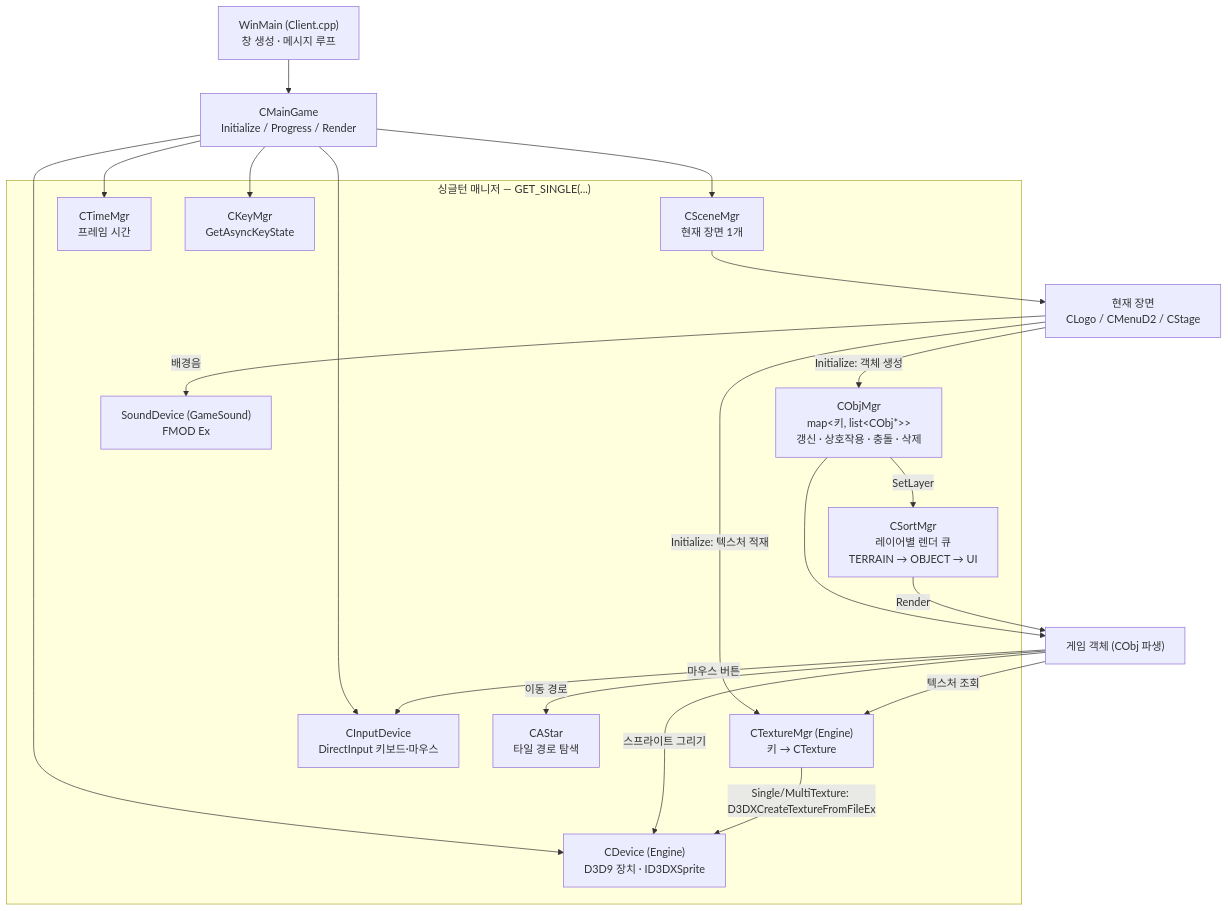
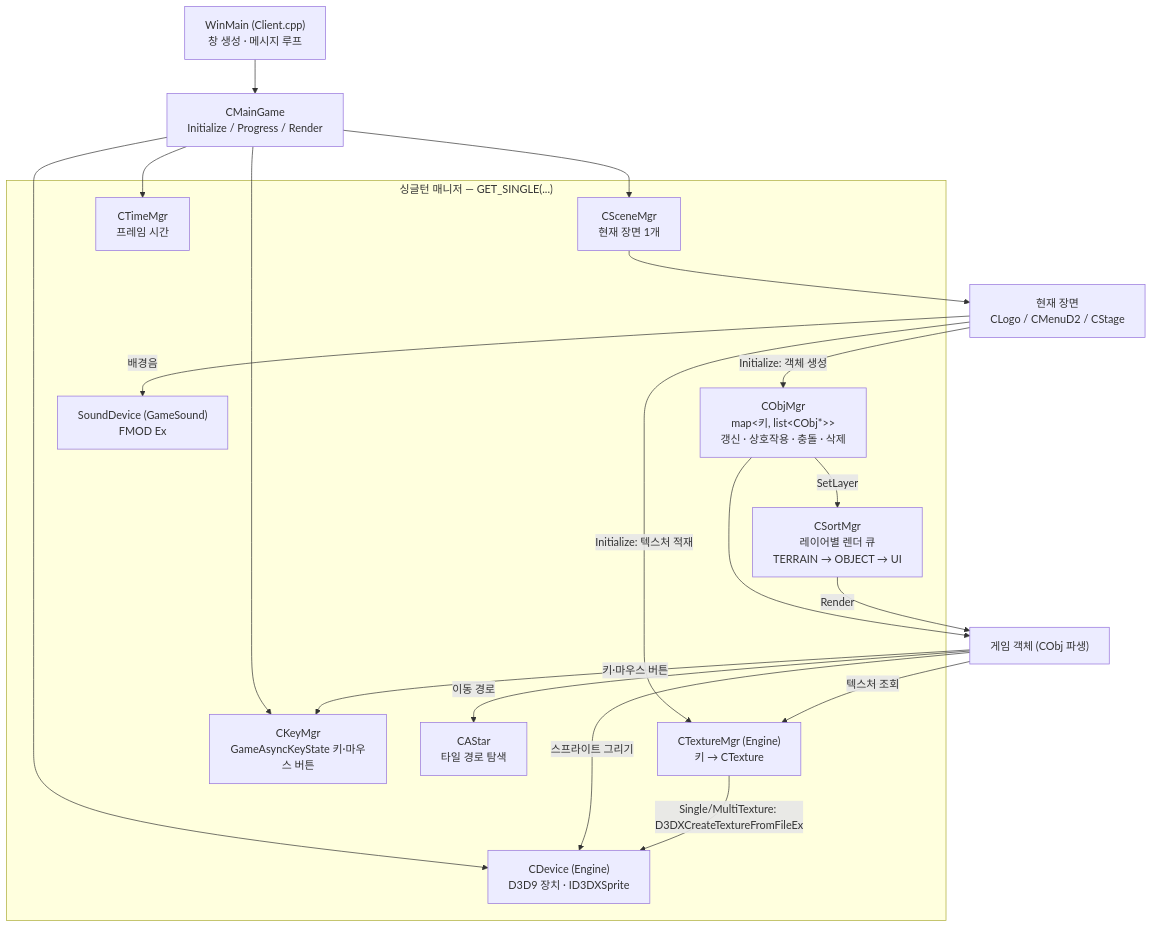
The second of 10 diagrams in docs/ARCHITECTURE.md (Ryujaehyeon/Portfolio), drawn with Mermaid before and after one commit. The commit also changed other lines of this file and 3 other files, not shown here.

````diff
--- a/docs/ARCHITECTURE.md
+++ b/docs/ARCHITECTURE.md
@@ -69,33 +69,32 @@
 ```mermaid
 flowchart TB
     WinMain["WinMain (Client.cpp)<br/>창 생성 · 메시지 루프"]
     MainGame["CMainGame<br/>Initialize / Progress / Render"]
     WinMain --> MainGame
 
     subgraph Managers["싱글턴 매니저 — GET_SINGLE(...)"]
         SceneMgr["CSceneMgr<br/>현재 장면 1개"]
         ObjMgr["CObjMgr<br/>map&lt;키, list&lt;CObj*&gt;&gt;<br/>갱신 · 상호작용 · 충돌 · 삭제"]
         SortMgr["CSortMgr<br/>레이어별 렌더 큐<br/>TERRAIN → OBJECT → UI"]
         TexMgr["CTextureMgr (Engine)<br/>키 → CTexture"]
         Device["CDevice (Engine)<br/>D3D9 장치 · ID3DXSprite"]
-        Input["CInputDevice<br/>DirectInput 키보드·마우스"]
         TimeMgr["CTimeMgr<br/>프레임 시간"]
-        KeyMgr["CKeyMgr<br/>GetAsyncKeyState"]
+        KeyMgr["CKeyMgr<br/>GameAsyncKeyState 키·마우스 버튼"]
         AStar["CAStar<br/>타일 경로 탐색"]
         Sound["SoundDevice (GameSound)<br/>FMOD Ex"]
     end
 
-    MainGame --> KeyMgr & TimeMgr & SceneMgr & Device & Input
+    MainGame --> KeyMgr & TimeMgr & SceneMgr & Device
     SceneMgr --> Scene["현재 장면<br/>CLogo / CMenuD2 / CStage"]
     Scene -->|Initialize: 텍스처 적재| TexMgr
     Scene -->|Initialize: 객체 생성| ObjMgr
     Scene -->|배경음| Sound
     ObjMgr --> Objects["게임 객체 (CObj 파생)"]
     ObjMgr -->|SetLayer| SortMgr
     SortMgr -->|Render| Objects
     Objects -->|텍스처 조회| TexMgr
     Objects -->|스프라이트 그리기| Device
-    Objects -->|마우스 버튼| Input
+    Objects -->|키·마우스 버튼| KeyMgr
     Objects -->|이동 경로| AStar
     TexMgr -->|"Single/MultiTexture: D3DXCreateTextureFromFileEx"| Device
 ```
````
